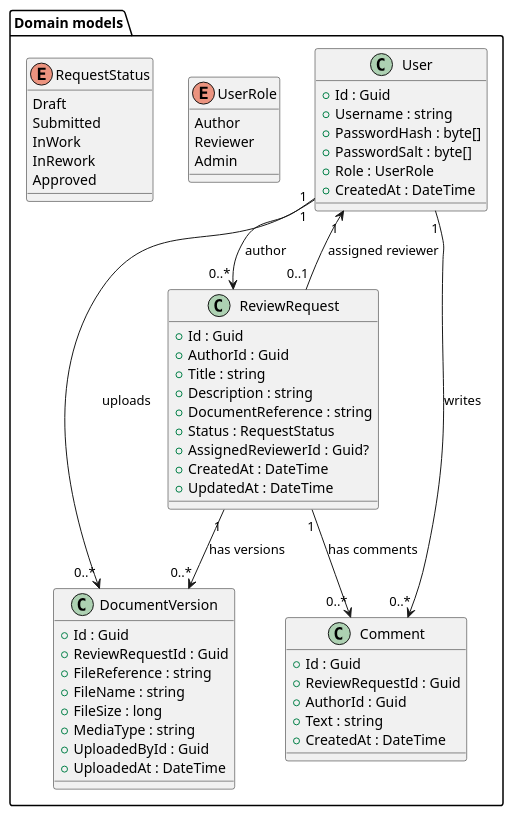
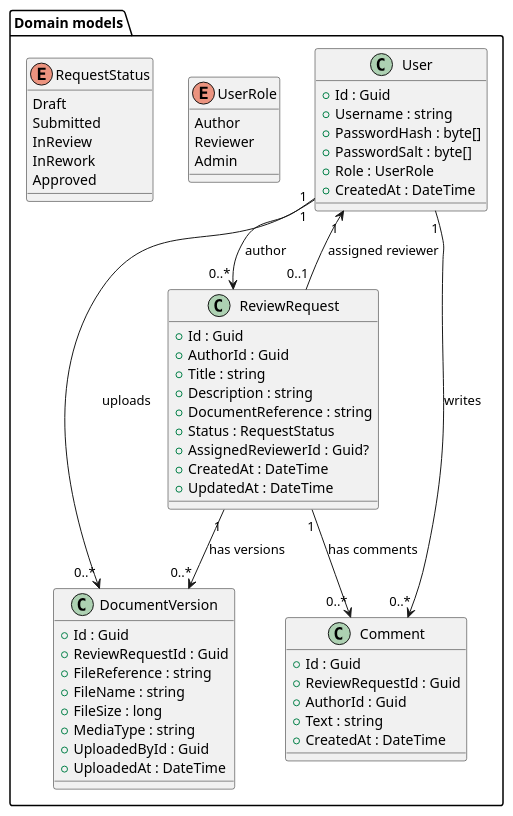
The diagram in data_models.puml (maxxbel/DoSS_project), drawn with PlantUML before and after one commit. The commit also changed 7 other files, not shown here.

```diff
--- a/data_models.puml
+++ b/data_models.puml
@@ -1,68 +1,68 @@
 @startuml
  
 package "Domain models" {
   class User {
     +Id : Guid
     +Username : string
     +PasswordHash : byte[]
     +PasswordSalt : byte[]
     +Role : UserRole
     +CreatedAt : DateTime
   }
  
   class ReviewRequest {
     +Id : Guid
     +AuthorId : Guid
     +Title : string
     +Description : string
     +DocumentReference : string
     +Status : RequestStatus
     +AssignedReviewerId : Guid?
     +CreatedAt : DateTime
     +UpdatedAt : DateTime
   }
  
   class DocumentVersion {
     +Id : Guid
     +ReviewRequestId : Guid
     +FileReference : string
     +FileName : string
     +FileSize : long
     +MediaType : string
     +UploadedById : Guid
     +UploadedAt : DateTime
   }
  
   class Comment {
     +Id : Guid
     +ReviewRequestId : Guid
     +AuthorId : Guid
     +Text : string
     +CreatedAt : DateTime
   }
  
   enum UserRole {
     Author
     Reviewer
     Admin
   }
  
   enum RequestStatus {
     Draft
     Submitted
-    InWork
+    InReview
     InRework
     Approved
   }
 }
  
 ' Relationships
 User "1" --> "0..*" ReviewRequest : author
 User "1" --> "0..*" DocumentVersion : uploads
 User "1" --> "0..*" Comment : writes
  
 ReviewRequest "1" --> "0..*" DocumentVersion : has versions
 ReviewRequest "1" --> "0..*" Comment : has comments
 ReviewRequest "0..1" --> "1" User : assigned reviewer
 
 @enduml
```
